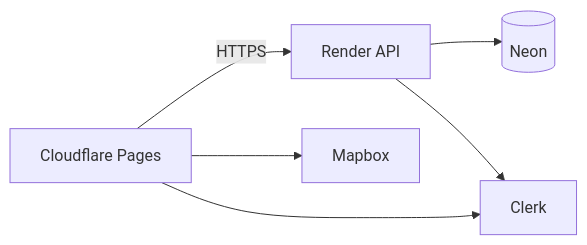
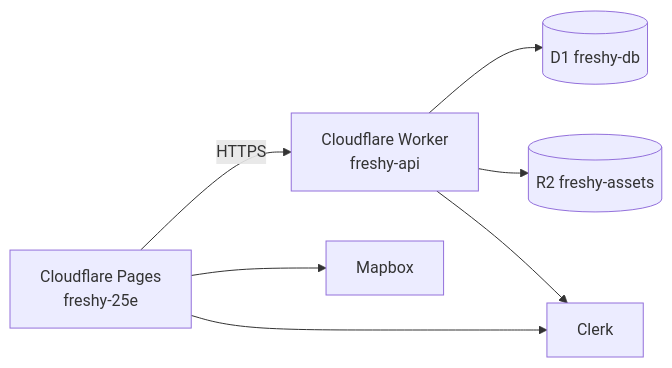
The first of 2 diagrams in docs/infrastructure.md (alexandrelheinen/freshy), drawn with Mermaid before and after one commit. The commit also changed other lines of this file and 36 other files, not shown here.

First line of the commit message:
Docs: Cloudflare stack cleanup and fix D1 tags API crash

````diff
--- a/docs/infrastructure.md
+++ b/docs/infrastructure.md
@@ -21,8 +21,9 @@
 ```mermaid
 flowchart LR
-    Pages[Cloudflare Pages] -->|HTTPS| Render[Render API]
-    Render --> Neon[(Neon)]
+    Pages[Cloudflare Pages<br/>freshy-25e] -->|HTTPS| Worker[Cloudflare Worker<br/>freshy-api]
+    Worker --> D1[(D1 freshy-db)]
+    Worker --> R2[(R2 freshy-assets)]
     Pages --> Mapbox[Mapbox]
     Pages --> Clerk[Clerk]
-    Render --> Clerk
+    Worker --> Clerk
 ```
````
